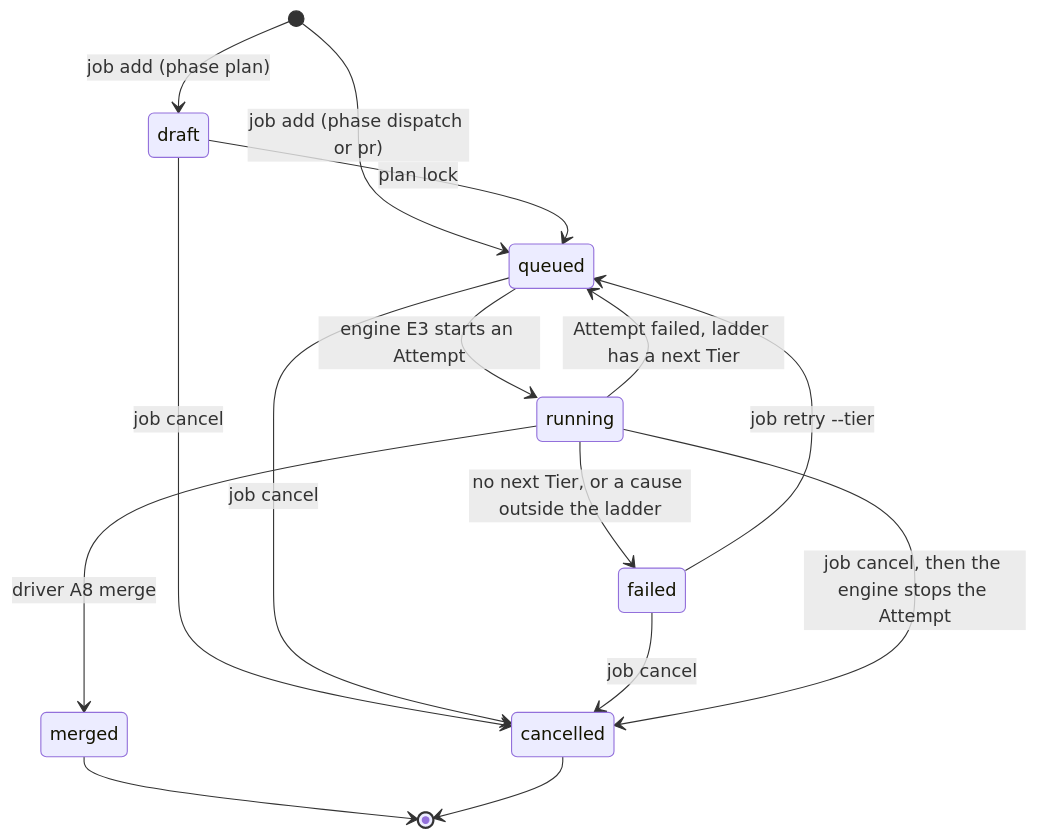
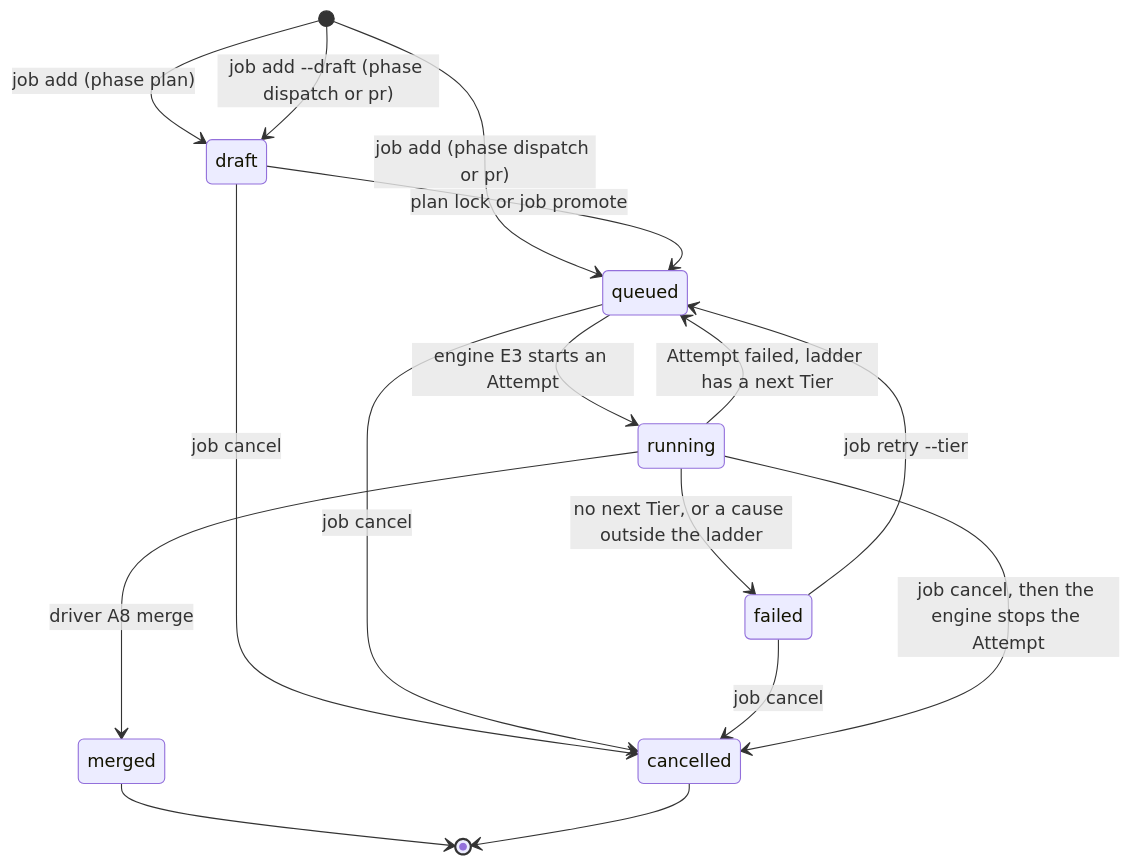
Before and after one commit to clayton-duarte/cpd: the third of 5 diagrams in docs/contract.md, drawn with Mermaid. The commit also changed other lines of this file and 2 other files, not shown here.

Commit message:
docs: contract draft Jobs after the lock (job add --draft, job promote)

````diff
--- a/docs/contract.md
+++ b/docs/contract.md
@@ -455,17 +455,18 @@
 ```mermaid
 stateDiagram-v2
   [*] --> draft: job add (phase plan)
+  [*] --> draft: job add --draft (phase dispatch or pr)
   [*] --> queued: job add (phase dispatch or pr)
-  draft --> queued: plan lock
+  draft --> queued: plan lock or job promote
   queued --> running: engine E3 starts an Attempt
   running --> merged: driver A8 merge
   running --> queued: Attempt failed, ladder has a next Tier
   running --> failed: no next Tier, or a cause outside the ladder
   failed --> queued: job retry --tier
   draft --> cancelled: job cancel
   queued --> cancelled: job cancel
   failed --> cancelled: job cancel
   running --> cancelled: job cancel, then the engine stops the Attempt
   merged --> [*]
   cancelled --> [*]
 ```
````
